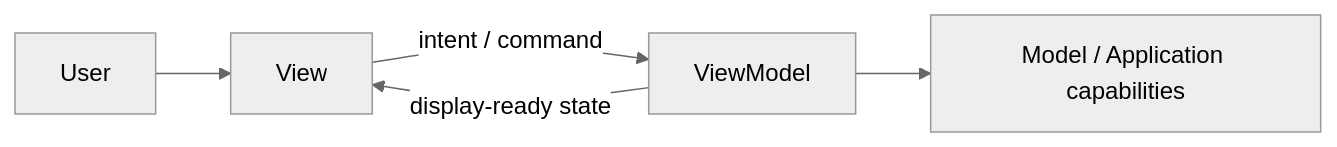
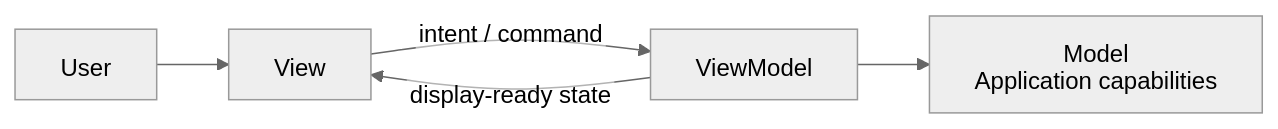
The second of 4 diagrams in architecture/patterns/presentation/model-view-viewmodel/README.md (AndresTaoFlorez/software-architecture), drawn with Mermaid (neutral theme) before and after one commit. The commit also changed other lines of this file and 79 other files, not shown here.

````diff
--- a/architecture/patterns/presentation/model-view-viewmodel/README.md
+++ b/architecture/patterns/presentation/model-view-viewmodel/README.md
@@ -75,7 +111,8 @@
 ```mermaid
+%%{init: {"htmlLabels": false, "flowchart": {"htmlLabels": false, "nodeSpacing": 28, "rankSpacing": 48, "diagramPadding": 20, "wrappingWidth": 280}, "sequence": {"wrap": true, "diagramMarginX": 20, "diagramMarginY": 20}}}%%
 flowchart LR
     USER["User"] --> VIEW["View"]
     VIEW -->|"intent / command"| VM["ViewModel"]
     VM -->|"display-ready state"| VIEW
-    VM --> MODEL["Model / Application capabilities"]
+    VM --> MODEL["Model<br/>Application capabilities"]
 ```
````
